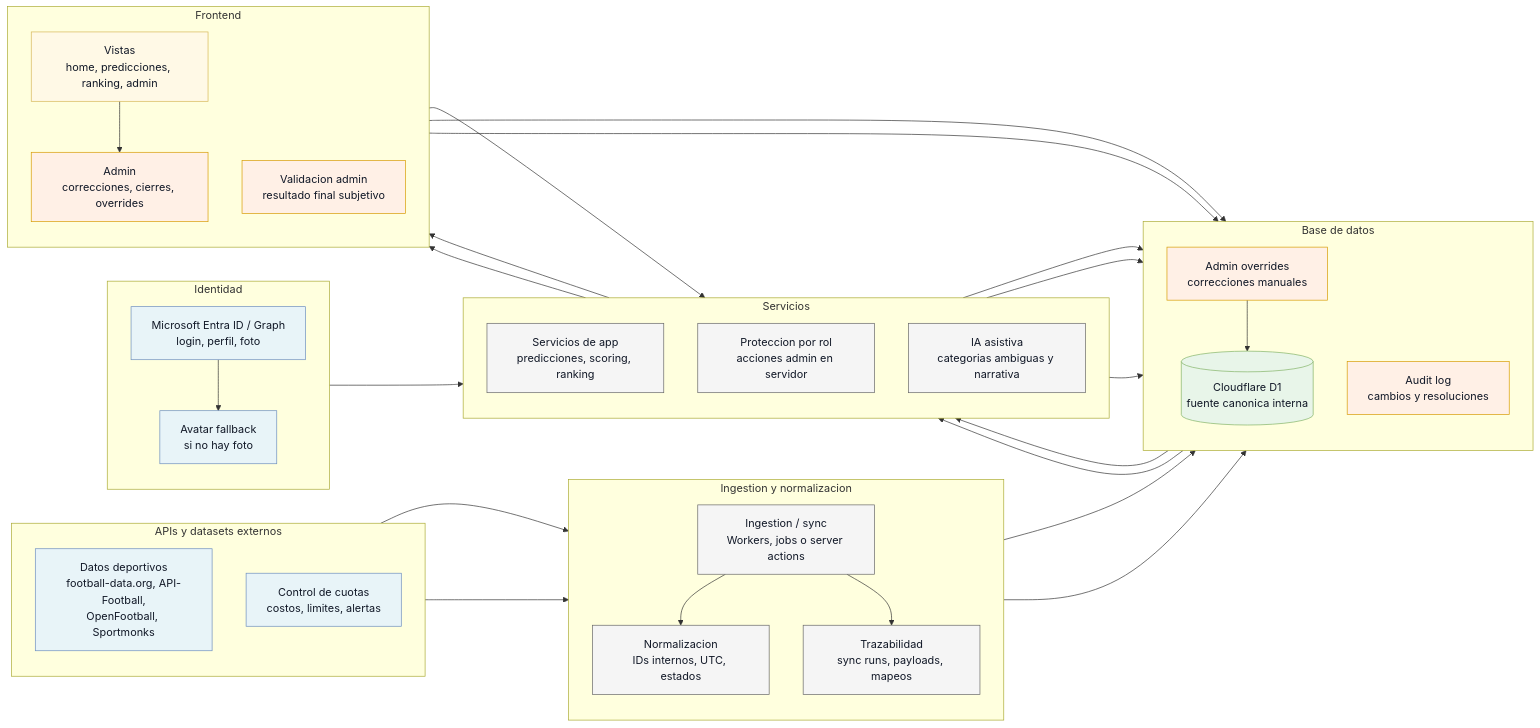
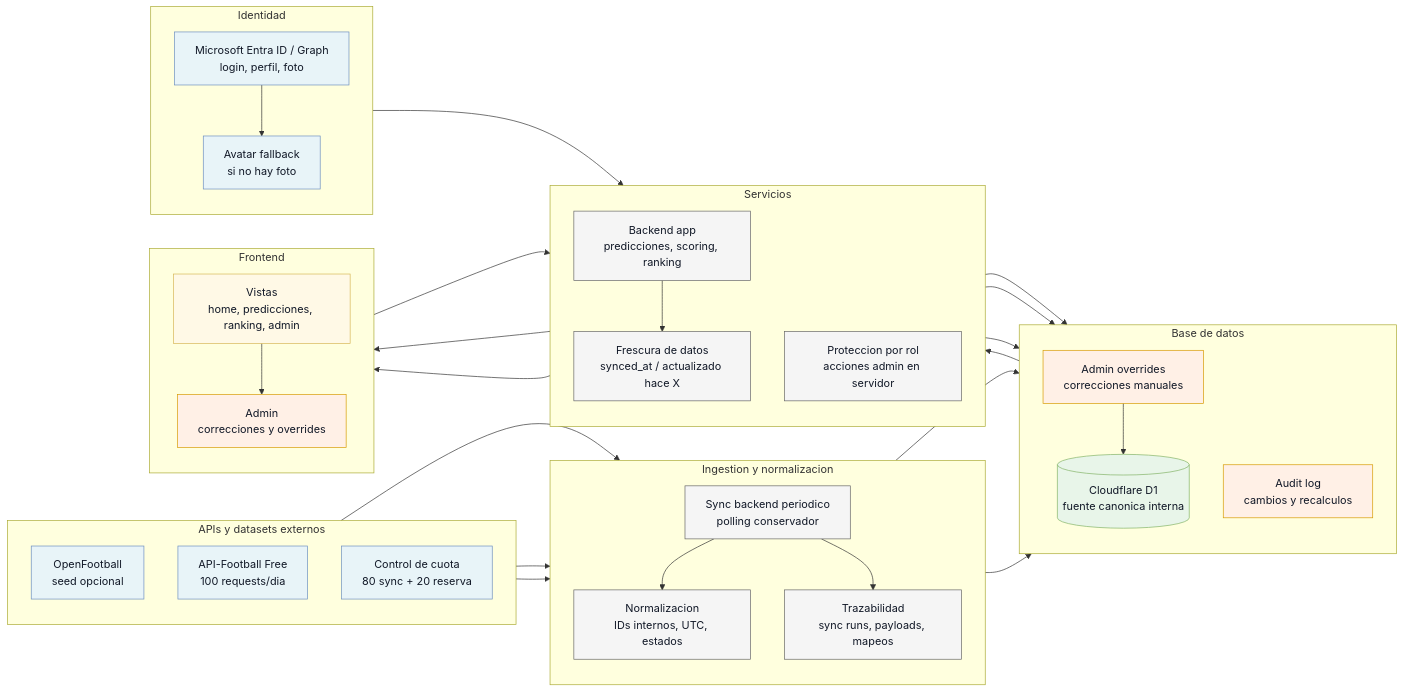
Before and after one commit to C3SC0-V4113/ara-world-cup-context-hub: the diagram in docs/diagrams/external-data-ingestion.md, drawn with Mermaid. The commit also changed other lines of this file and 23 other files, not shown here.

````diff
--- a/docs/diagrams/external-data-ingestion.md
+++ b/docs/diagrams/external-data-ingestion.md
@@ -6,77 +5,76 @@
 ```mermaid
 flowchart LR
   subgraph identitySection["Identidad"]
     direction TB
     microsoftIdentity["Microsoft Entra ID / Graph<br/>login, perfil, foto"]
     avatarFallback["Avatar fallback<br/>si no hay foto"]
   end
 
   subgraph externalSourcesSection["APIs y datasets externos"]
     direction TB
-    sportsSources["Datos deportivos<br/>football-data.org, API-Football,<br/>OpenFootball, Sportmonks"]
-    quotaWatch["Control de cuotas<br/>costos, limites, alertas"]
+    openFootball["OpenFootball<br/>seed opcional"]
+    apiFootball["API-Football Free<br/>100 requests/dia"]
+    quotaWatch["Control de cuota<br/>80 sync + 20 reserva"]
   end
 
   subgraph ingestionSection["Ingestion y normalizacion"]
     direction TB
-    syncJobs["Ingestion / sync<br/>Workers, jobs o server actions"]
+    syncJobs["Sync backend periodico<br/>polling conservador"]
     normalizeData["Normalizacion<br/>IDs internos, UTC, estados"]
     providerTrace["Trazabilidad<br/>sync runs, payloads, mapeos"]
   end
 
   subgraph databaseSection["Base de datos"]
     direction TB
     d1Store[("Cloudflare D1<br/>fuente canonica interna")]
-    auditLog["Audit log<br/>cambios y resoluciones"]
+    auditLog["Audit log<br/>cambios y recalculos"]
     adminOverrides["Admin overrides<br/>correcciones manuales"]
   end
 
   subgraph servicesSection["Servicios"]
     direction TB
-    appServices["Servicios de app<br/>predicciones, scoring, ranking"]
+    appServices["Backend app<br/>predicciones, scoring, ranking"]
     roleGuard["Proteccion por rol<br/>acciones admin en servidor"]
-    assistiveAi["IA asistiva<br/>categorias ambiguas y narrativa"]
+    freshness["Frescura de datos<br/>synced_at / actualizado hace X"]
   end
 
   subgraph frontendSection["Frontend"]
     direction TB
     appViews["Vistas<br/>home, predicciones, ranking, admin"]
-    adminUi["Admin<br/>correcciones, cierres, overrides"]
-    adminApproval["Validacion admin<br/>resultado final subjetivo"]
+    adminUi["Admin<br/>correcciones y overrides"]
   end
 
   microsoftIdentity --> avatarFallback
   microsoftIdentity --> appServices
-  sportsSources --> syncJobs
+  openFootball --> syncJobs
+  apiFootball --> syncJobs
   quotaWatch --> syncJobs
   syncJobs --> normalizeData
   syncJobs --> providerTrace
   normalizeData --> d1Store
   providerTrace --> d1Store
   d1Store --> appServices
   appServices --> d1Store
+  appServices --> freshness
+  freshness --> appViews
   appServices --> appViews
   appViews --> adminUi
   adminUi --> roleGuard
   roleGuard --> adminOverrides
   adminOverrides --> d1Store
   roleGuard --> auditLog
-  d1Store --> assistiveAi
-  assistiveAi --> adminApproval
-  adminApproval --> d1Store
-  adminApproval --> auditLog
 
   classDef identityCls fill:#e8f4f8,stroke:#6c8ebf,color:#111827
   classDef apiCls fill:#e8f4f8,stroke:#6c8ebf,color:#111827
   classDef serviceCls fill:#f5f5f5,stroke:#666666,color:#111827
   classDef storeCls fill:#e8f5e9,stroke:#82b366,color:#111827
   classDef adminCls fill:#fff0e6,stroke:#d79b00,color:#111827
   classDef frontendCls fill:#fff9e6,stroke:#d6b656,color:#111827
 
   class microsoftIdentity,avatarFallback identityCls
-  class sportsSources,quotaWatch apiCls
-  class syncJobs,normalizeData,providerTrace,appServices,roleGuard,assistiveAi serviceCls
+  class openFootball,apiFootball,quotaWatch apiCls
+  class syncJobs,normalizeData,providerTrace,appServices,roleGuard,freshness serviceCls
   class d1Store storeCls
-  class auditLog,adminOverrides,adminUi,adminApproval adminCls
+  class auditLog,adminOverrides,adminUi adminCls
   class appViews frontendCls
 ```
````
